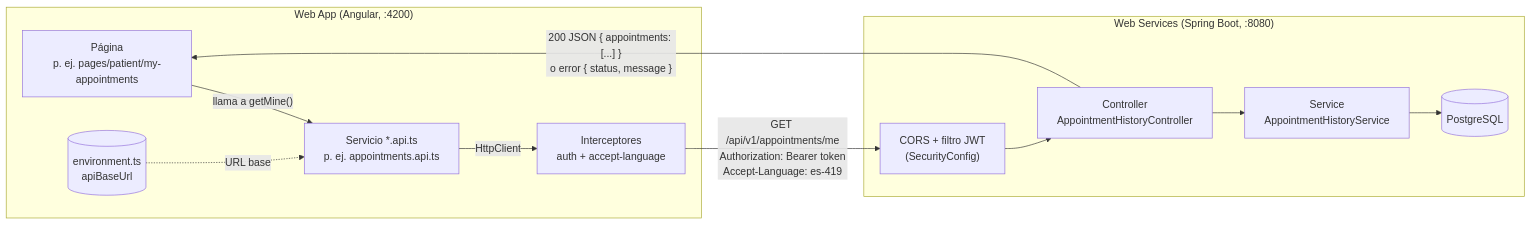
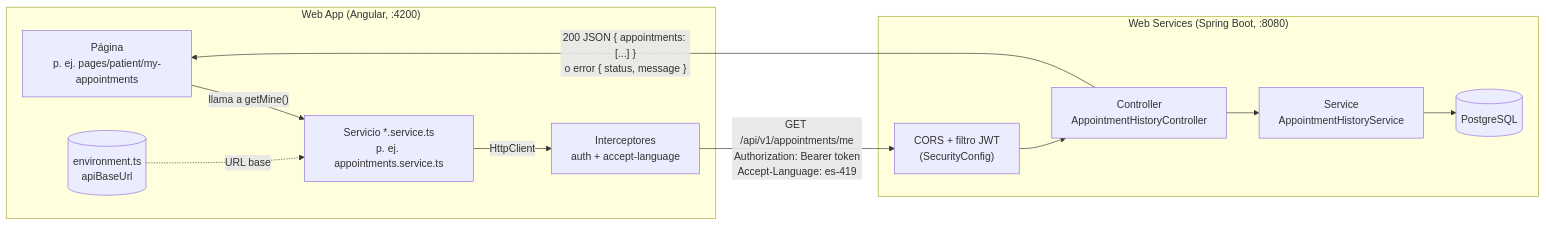
One commit to Ravit18/fisiovital-web-app changed the first of 4 diagrams in README.md. Above: the diagram before and after it, drawn with Mermaid. The commit also changed other lines of this file and 108 other files, not shown here.

````diff
--- a/README.md
+++ b/README.md
@@ -26,23 +26,23 @@
 ```mermaid
 flowchart LR
     subgraph WebApp["Web App (Angular, :4200)"]
         P["Página<br/>p. ej. pages/patient/my-appointments"]
-        S["Servicio *.api.ts<br/>p. ej. appointments.api.ts"]
+        S["Servicio *.service.ts<br/>p. ej. appointments.service.ts"]
         I["Interceptores<br/>auth + accept-language"]
         E[("environment.ts<br/>apiBaseUrl")]
         P -- "llama a getMine()" --> S
         E -. "URL base" .-> S
         S -- "HttpClient" --> I
     end
 
     subgraph Backend["Web Services (Spring Boot, :8080)"]
         C["CORS + filtro JWT<br/>(SecurityConfig)"]
         RC["Controller<br/>AppointmentHistoryController"]
         SV["Service<br/>AppointmentHistoryService"]
         DB[("PostgreSQL")]
         C --> RC --> SV --> DB
     end
 
     I -- "GET /api/v1/appointments/me<br/>Authorization: Bearer token<br/>Accept-Language: es-419" --> C
     RC -- "200 JSON { appointments: [...] }<br/>o error { status, message }" --> P
 ```
````
